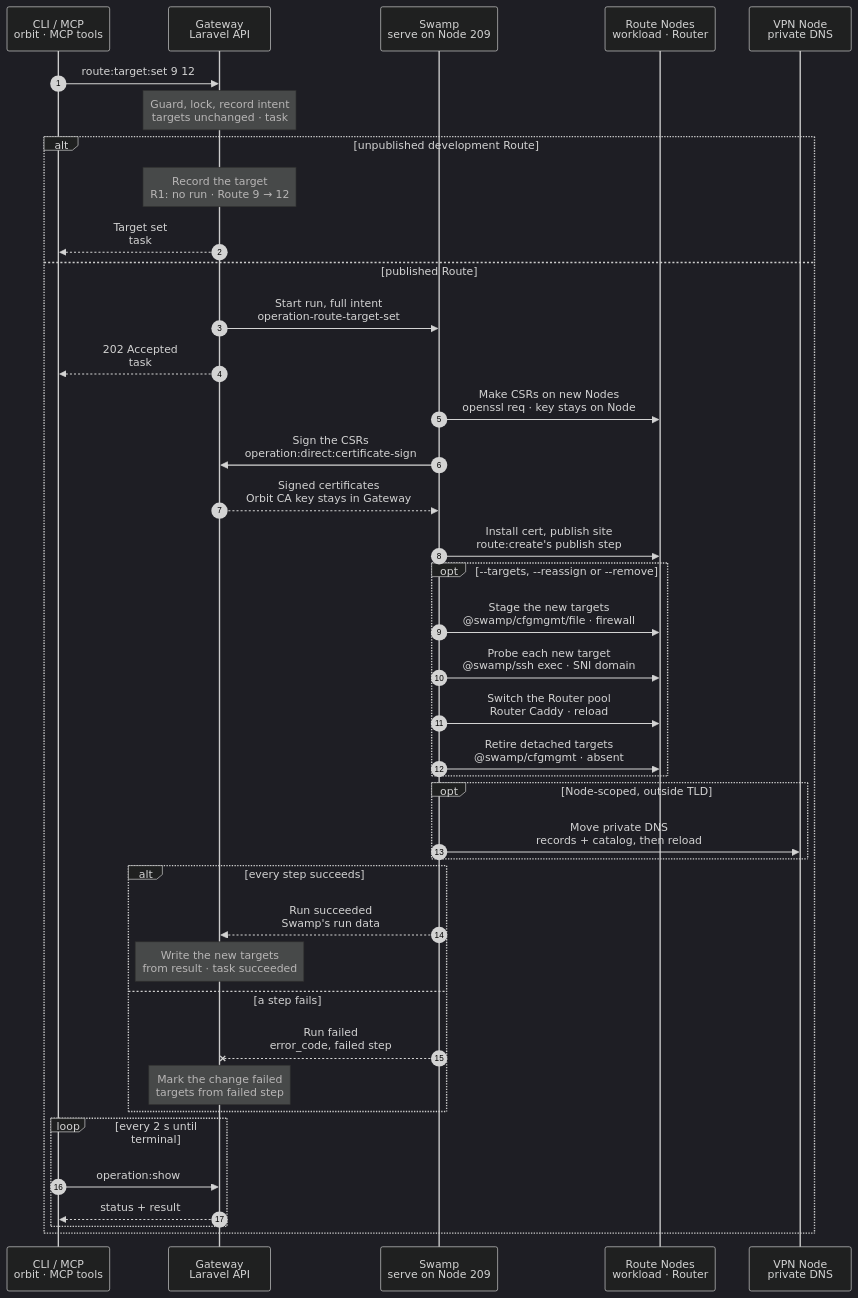
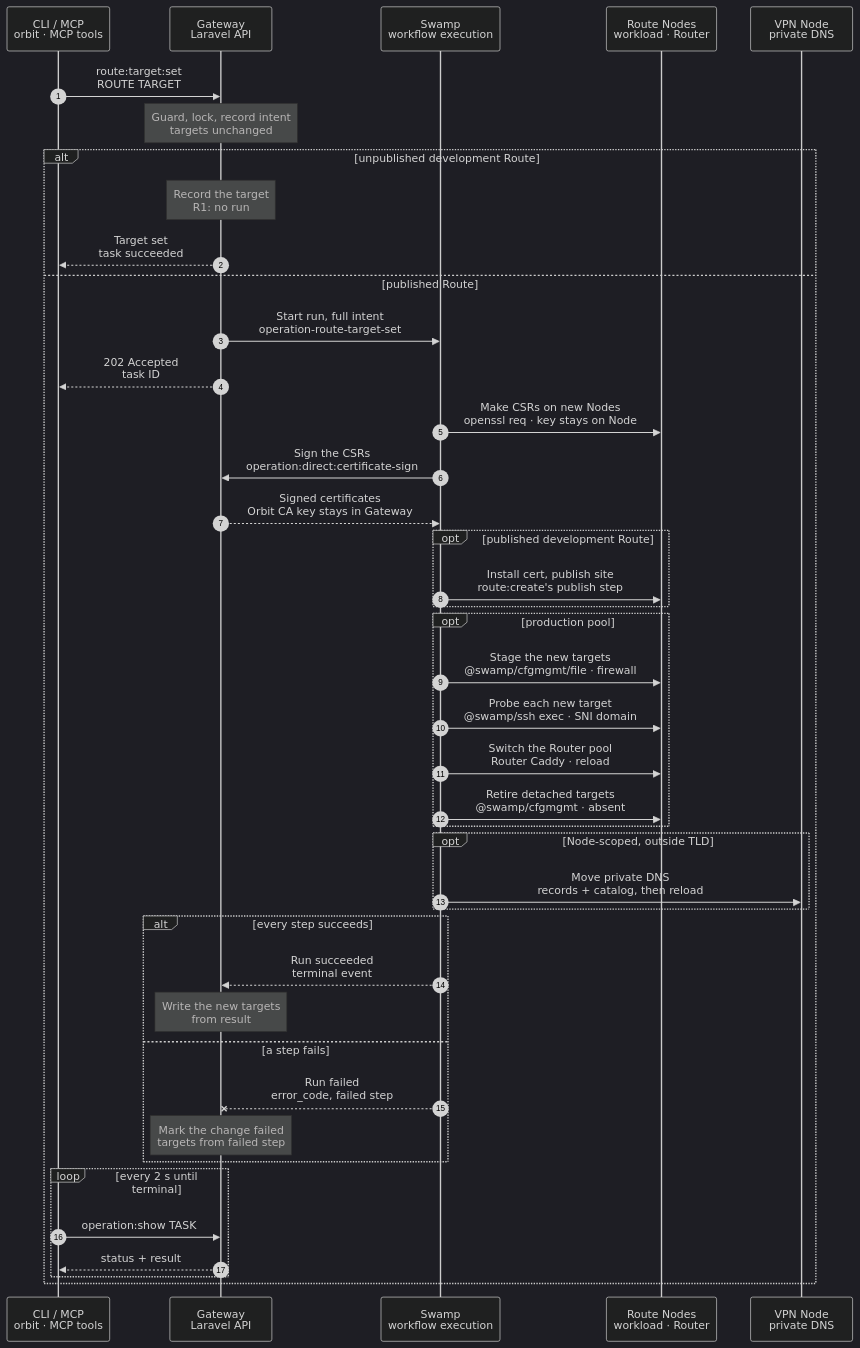
The diagram in docs/cli/route/target-set.mmd (hardimpactdev/orbit), drawn with Mermaid (dark theme) before and after one commit. The commit also changed 2 other files, not shown here.

Commit message:
docs(route): route:target:set is ready (chart, page, cases)

```diff
--- a/docs/cli/route/target-set.mmd
+++ b/docs/cli/route/target-set.mmd
@@ -1,50 +1,94 @@
 sequenceDiagram
-  %% Target design: Nick 2026-11-03, single-swamp-node, rules 14-25.
-  %% status: draft
+  %% Target design: ADR 0244 task, one Swamp run, certificate signing is the one step-to-Gateway call. docs/reference/routes.md#change-the-target-of-a-route.
+  %% status: reviewed
   %% command: route:target:set
   %% kind: route.target_set
   autonumber
   %% lane CLI icon=terminal pill=caller tone=gray
   %% lane GW icon=gateway pill=intent tone=blue
   %% lane SW icon=workflow pill=executes tone=green
   %% lane N icon=server pill=target tone=amber
   %% lane V icon=server pill=target tone=purple
   participant CLI as CLI / MCP<br/>orbit · MCP tools
   participant GW as Gateway<br/>Laravel API
-  participant SW as Swamp<br/>serve on Node 209
+  participant SW as Swamp<br/>workflow execution
   participant N as Route Nodes<br/>workload · Router
   participant V as VPN Node<br/>private DNS
-  CLI->>GW: route:target:set 9 12
-  Note over GW: Guard, lock, record intent<br/>targets unchanged · task #5140
+  CLI->>GW: route:target:set<br/>ROUTE TARGET
+  %%> Command:
+  %%> - `orbit route:target:set ROUTE TARGET`
+  %%> - syntax: `<route> <target> [--targets=ID]... [--reassign=ID:ROUTE]... [--remove=ID]... [--json]`
+  %%> Input:
+  %%> - the Route and its target Instance; the options send the complete target set of a production pool and a disposition for each detached Instance
+  %%> Who can call it:
+  %%> - the `orbit` CLI and the MCP tool send the same request
+  Note over GW: Guard, lock, record intent<br/>targets unchanged
+  %%> Requirements:
+  %%> - the calling Node has an access grant to the Route's Nodes
+  %%> - the target is an active Instance of the Route's Project; a production pool is a Cluster-scoped explicit Route with active production Instances on distinct active `app-prod` Nodes
+  %%> - the change does not take an Instance from another Route, or detach an active Instance from its only Route (`route.target_conflict`); a detached Instance has a disposition (`route.target_disposition_required`)
+  %%> - no other target-set change is recorded on the Route (`route.target_set_conflict`) and no other operation holds the projection (`app-dev.projection_busy`)
+  %%> Result:
+  %%> - a single-target change stores the association before the run; a production pool records the requested set and keeps the associations unchanged until the run's result
+  %%> - an `active` Route refuses a single-target change (`route.reconciliation_required`)
+  %%> - `--remove` is refused today (`route.target_cleanup_unavailable`, 503)
   alt unpublished development Route
-    Note over GW: Record the target<br/>R1: no run · Route 9 → 12
-    GW-->>CLI: Target set<br/>task #5140 succeeded
+    Note over GW: Record the target<br/>R1: no run
+    %%> What it does:
+    %%> - changes only Orbit's record; no Node changes and no run starts
+    %%> Repeat:
+    %%> - setting the current target again is skipped: `Skipped — target already set (route.target_unchanged)`
+    GW-->>CLI: Target set<br/>task succeeded
   else published Route
     GW->>SW: Start run, full intent<br/>operation-route-target-set
-    GW-->>CLI: 202 Accepted<br/>task #5140
+    GW-->>CLI: 202 Accepted<br/>task ID
+    %%> What you get:
+    %%> - the task ID, at once
+    %%> Next:
+    %%> - the CLI follows the task with `operation:show`
     SW->>N: Make CSRs on new Nodes<br/>openssl req · key stays on Node
     SW->>GW: Sign the CSRs<br/>operation:direct:certificate-sign
+    %%> Why a call to the Gateway:
+    %%> - certificate signing is the one allowed step-to-Gateway call; the Orbit CA stays in the Gateway
     GW-->>SW: Signed certificates<br/>Orbit CA key stays in Gateway
-    SW->>N: Install cert, publish site<br/>route:create's publish step
-    opt --targets, --reassign or --remove
+    opt published development Route
+      SW->>N: Install cert, publish site<br/>route:create's publish step
+      %%> What it does:
+      %%> - moves the site to the new checkout; the target stays set if this fails (`route.publish_failed`), and the request is run again
+    end
+    opt production pool
       SW->>N: Stage the new targets<br/>@swamp/cfgmgmt/file · firewall
+      %%> What it does:
+      %%> - stages each added target's runtime, certificates, Caddy site and `.env`
       SW->>N: Probe each new target<br/>@swamp/ssh exec · SNI domain
-      %%> Runs from 209. A failed target probe stops the Router switch.
+      %%> Why:
+      %%> - the probe verifies the Route's hostname and the Orbit CA over TLS; application HTTP errors do not fail it, and a failed probe stops the switch
       SW->>N: Switch the Router pool<br/>Router Caddy · reload
       SW->>N: Retire detached targets<br/>@swamp/cfgmgmt · absent
     end
     opt Node-scoped, outside TLD
       SW->>V: Move private DNS<br/>records + catalog, then reload
     end
     alt every step succeeds
-      SW-->>GW: Run succeeded<br/>Swamp's run data
-      Note over GW: Write the new targets<br/>from result · task succeeded
+      SW-->>GW: Run succeeded<br/>terminal event
+      Note over GW: Write the new targets<br/>from result
+      %%> Result:
+      %%> - the new associations are written, and a destination Route that received a reassigned Instance becomes `active`
     else a step fails
       SW--xGW: Run failed<br/>error_code, failed step
       Note over GW: Mark the change failed<br/>targets from failed step
+      %%> Result for a published development Route:
+      %%> - the new target stays set and the failed step is `Install cert, publish site`; run the same request again
+      %%> Result for a production pool:
+      %%> - before the Router switch, the original associations stay and the staged sites serve no traffic
+      %%> - after the switch, the new associations are written, because the new pool serves, and the recorded set and `failed_step` stay
+      %%> On the Nodes:
+      %%> - finished steps stay; there is no rollback
+      %%> Retry:
+      %%> - run the same request again; a different request is refused until the change completes (`route.target_set_conflict`); a request with dispositions can be refused with `route.target_disposition_required` once the detached Instances are gone
     end
     loop every 2 s until terminal
-      CLI->>GW: operation:show #5140
+      CLI->>GW: operation:show TASK
       GW-->>CLI: status + result
     end
   end
```
